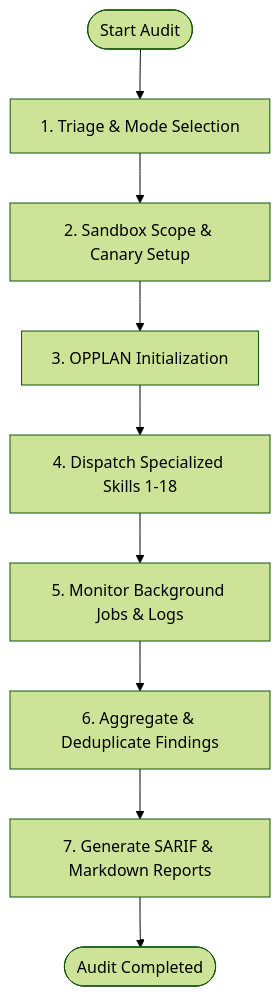
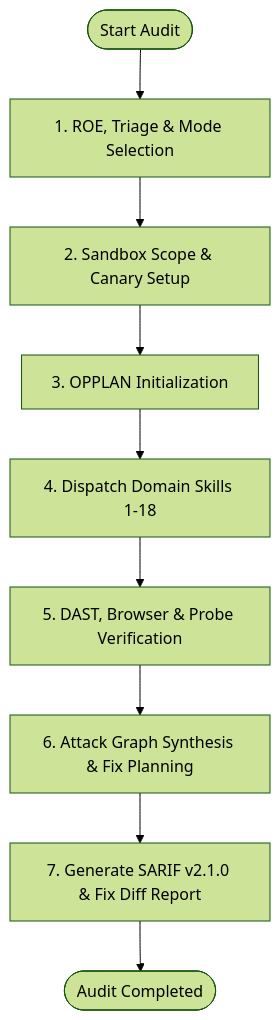
One commit to Lotargo/security_audit_plugin changed the diagram in skills/security-audit-orchestrator/SKILL.md. Above: the diagram before and after it, drawn with Mermaid (forest theme). The commit also changed other lines of this file and 30 other files, not shown here.

````diff
--- a/skills/security-audit-orchestrator/SKILL.md
+++ b/skills/security-audit-orchestrator/SKILL.md
@@ -13,11 +13,11 @@
 ```mermaid
 flowchart TD
-    Start([Start Audit]) --> Triage[1. Triage & Mode Selection]
+    Start([Start Audit]) --> Triage[1. ROE, Triage & Mode Selection]
     Triage --> Scope[2. Sandbox Scope & Canary Setup]
     Scope --> Plan[3. OPPLAN Initialization]
-    Plan --> Dispatch[4. Dispatch Specialized Skills 1-18]
-    Dispatch --> Monitor[5. Monitor Background Jobs & Logs]
-    Monitor --> TriageFindings[6. Aggregate & Deduplicate Findings]
-    TriageFindings --> Report[7. Generate SARIF & Markdown Reports]
+    Plan --> Dispatch[4. Dispatch Domain Skills 1-18]
+    Dispatch --> DAST[5. DAST, Browser & Probe Verification]
+    DAST --> Synthesis[6. Attack Graph Synthesis & Fix Planning]
+    Synthesis --> Report[7. Generate SARIF v2.1.0 & Fix Diff Report]
     Report --> End([Audit Completed])
 ```
````
